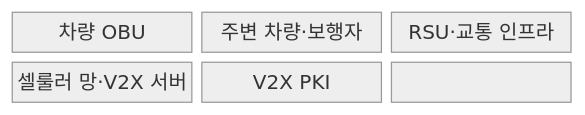
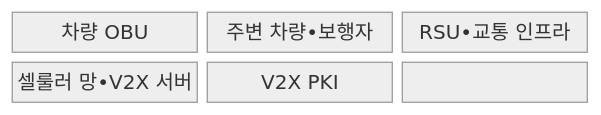
One commit to agnusdei1207/knowledge-base changed the first of 2 diagrams in src/content/docs/notes/08-latest-tech/207_v2x_vehicle_to_everything.md. Above: the diagram before and after it, drawn with Mermaid (neutral theme). The commit also changed other lines of this file and 953 other files, not shown here.

````diff
--- a/src/content/docs/notes/08-latest-tech/207_v2x_vehicle_to_everything.md
+++ b/src/content/docs/notes/08-latest-tech/207_v2x_vehicle_to_everything.md
@@ -67,11 +67,11 @@
 ```mermaid
 block-beta
   columns 3
   N0["차량 OBU"]
-  N1["주변 차량·보행자"]
-  N2["RSU·교통 인프라"]
-  N3["셀룰러 망·V2X 서버"]
+  N1["주변 차량•보행자"]
+  N2["RSU•교통 인프라"]
+  N3["셀룰러 망•V2X 서버"]
   N4["V2X PKI"]
   N0 --- N1 --- N2
   N2 --- N3 --- N4
 ```
````
